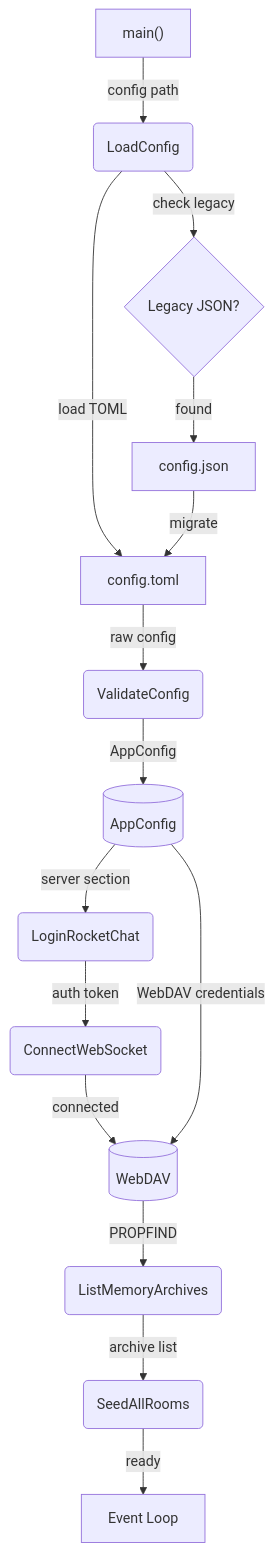
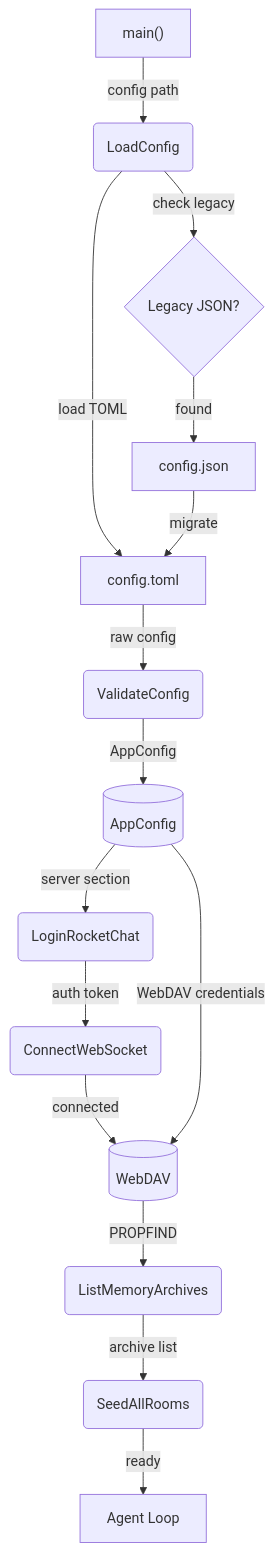
The seventh of 7 diagrams in _dfds/agent-harness.md (cosmoswafer/rockbot), drawn with Mermaid before and after one commit. The commit also changed other lines of this file and 4 other files, not shown here.

````diff
--- a/_dfds/agent-harness.md
+++ b/_dfds/agent-harness.md
@@ -112,31 +214,31 @@
 ```mermaid
 flowchart TD
     START["main()"]
     CFG(LoadConfig)
     MIGRATE{Legacy JSON?}
     TOML["config.toml"]
     JSON["config.json"]
     VALIDATE(ValidateConfig)
     LOGIN(LoginRocketChat)
     CONNECT(ConnectWebSocket)
     DAV[(WebDAV)]
     LIST_MEM(ListMemoryArchives)
     SEED(SeedAllRooms)
-    LOOP[Event Loop]
+    LOOP[Agent Loop]
     CFG_STORE[(AppConfig)]
 
     START -->|"config path"| CFG
     CFG -->|"load TOML"| TOML
     CFG -->|"check legacy"| MIGRATE
     MIGRATE -->|"found"| JSON
     JSON -->|"migrate"| TOML
     TOML -->|"raw config"| VALIDATE
     VALIDATE -->|"AppConfig"| CFG_STORE
     CFG_STORE -->|"server section"| LOGIN
     LOGIN -->|"auth token"| CONNECT
     CONNECT -->|"connected"| DAV
     CFG_STORE -->|"WebDAV credentials"| DAV
     DAV -->|"PROPFIND"| LIST_MEM
     LIST_MEM -->|"archive list"| SEED
     SEED -->|"ready"| LOOP
 ```
````
